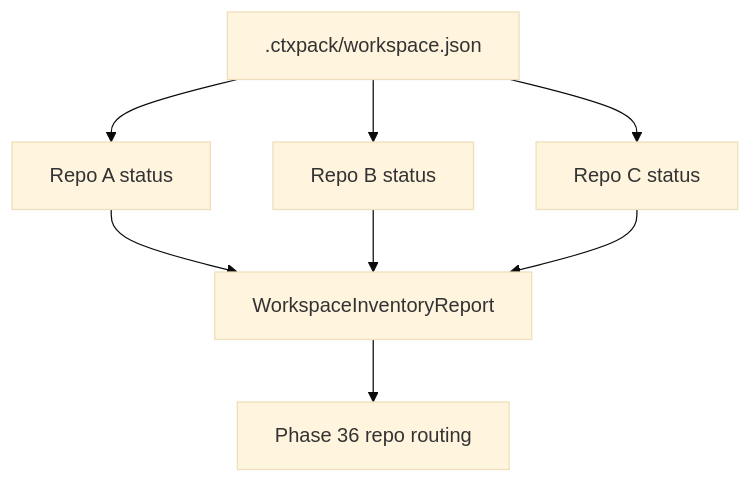
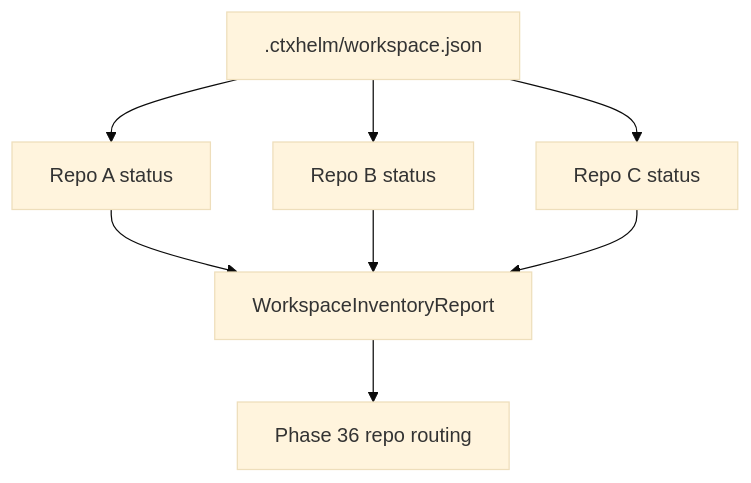
The sixth of 6 diagrams in docs/architecture.md (thromel/ctxhelm), drawn with Mermaid (base theme) before and after one commit. The commit also changed other lines of this file and 922 other files, not shown here.

````diff
--- a/docs/architecture.md
+++ b/docs/architecture.md
@@ -135,10 +135,10 @@
 ```mermaid
 flowchart TD
-  Manifest[".ctxpack/workspace.json"] --> RepoA["Repo A status"]
+  Manifest[".ctxhelm/workspace.json"] --> RepoA["Repo A status"]
   Manifest --> RepoB["Repo B status"]
   Manifest --> RepoC["Repo C status"]
   RepoA --> WorkspaceStatus["WorkspaceInventoryReport"]
   RepoB --> WorkspaceStatus
   RepoC --> WorkspaceStatus
   WorkspaceStatus --> FutureRouting["Phase 36 repo routing"]
 ```
````
